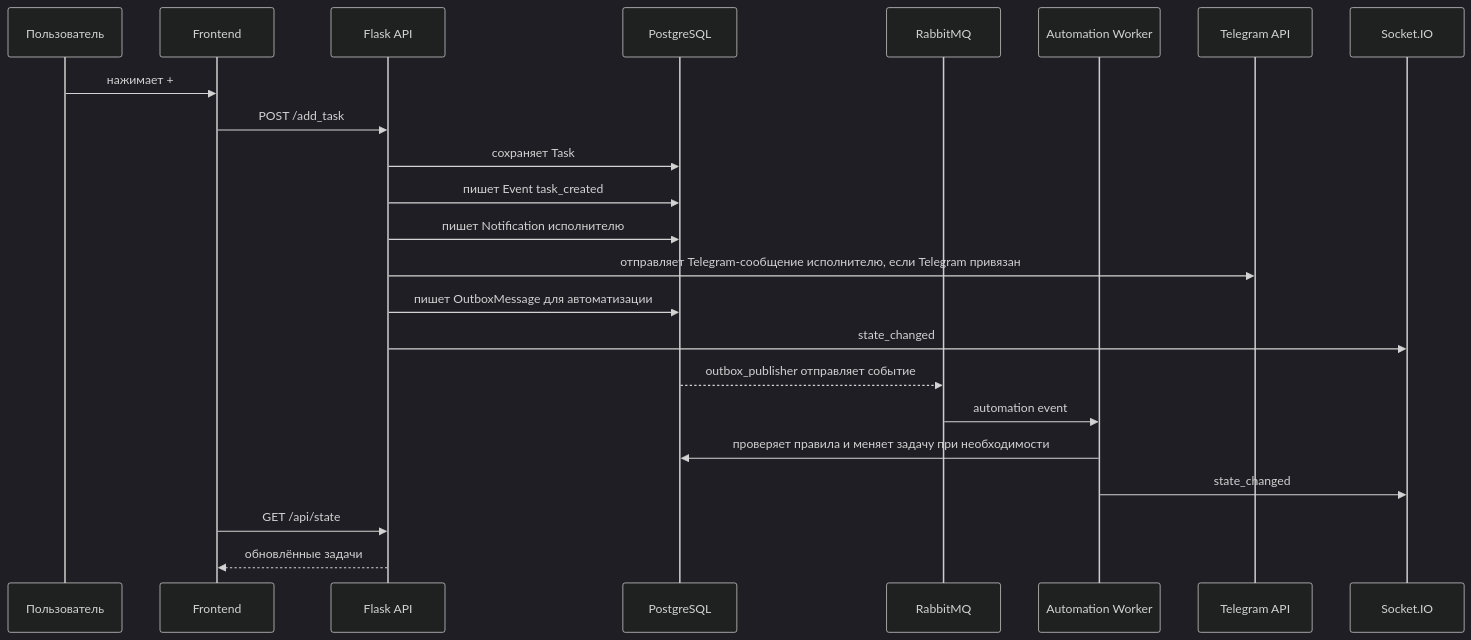
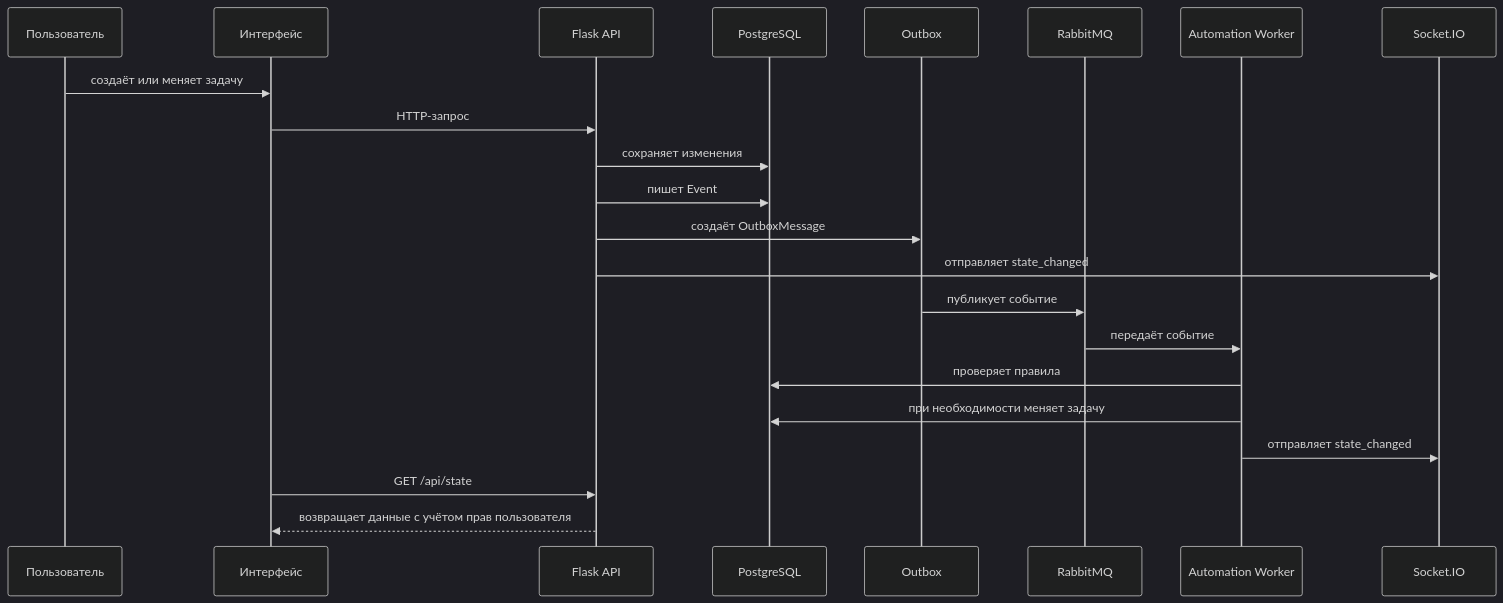
Before and after one commit to aaaaa23030/AI_slop: the fifth of 5 diagrams in README.md, drawn with Mermaid (dark theme). The commit also changed other lines of this file and 19 other files, not shown here.

Commit message:
Обновлён README: функции, схемы, скриншоты и планы развития

````diff
--- a/README.md
+++ b/README.md
@@ -145,26 +967,25 @@
 ```mermaid
 sequenceDiagram
     participant U as Пользователь
-    participant F as Frontend
-    participant W as Flask API
+    participant UI as Интерфейс
+    participant API as Flask API
     participant DB as PostgreSQL
-    participant R as RabbitMQ
-    participant A as Automation Worker
-    participant TG as Telegram API
-    participant S as Socket.IO
+    participant Outbox as Outbox
+    participant MQ as RabbitMQ
+    participant Auto as Automation Worker
+    participant RT as Socket.IO
 
-    U->>F: нажимает +
-    F->>W: POST /add_task
-    W->>DB: сохраняет Task
-    W->>DB: пишет Event task_created
-    W->>DB: пишет Notification исполнителю
-    W->>TG: отправляет Telegram-сообщение исполнителю, если Telegram привязан
-    W->>DB: пишет OutboxMessage для автоматизации
-    W->>S: state_changed
-    DB-->>R: outbox_publisher отправляет событие
-    R->>A: automation event
-    A->>DB: проверяет правила и меняет задачу при необходимости
-    A->>S: state_changed
-    F->>W: GET /api/state
-    W-->>F: обновлённые задачи
+    U->>UI: создаёт или меняет задачу
+    UI->>API: HTTP-запрос
+    API->>DB: сохраняет изменения
+    API->>DB: пишет Event
+    API->>Outbox: создаёт OutboxMessage
+    API->>RT: отправляет state_changed
+    Outbox->>MQ: публикует событие
+    MQ->>Auto: передаёт событие
+    Auto->>DB: проверяет правила
+    Auto->>DB: при необходимости меняет задачу
+    Auto->>RT: отправляет state_changed
+    UI->>API: GET /api/state
+    API-->>UI: возвращает данные с учётом прав пользователя
 ```
````
